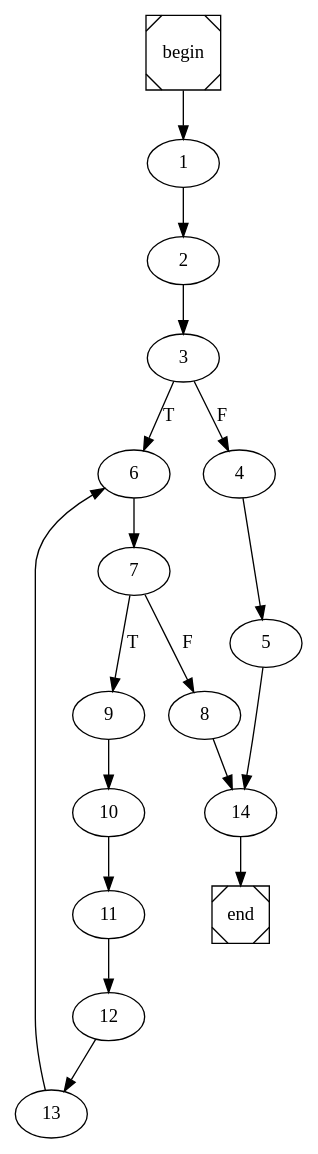
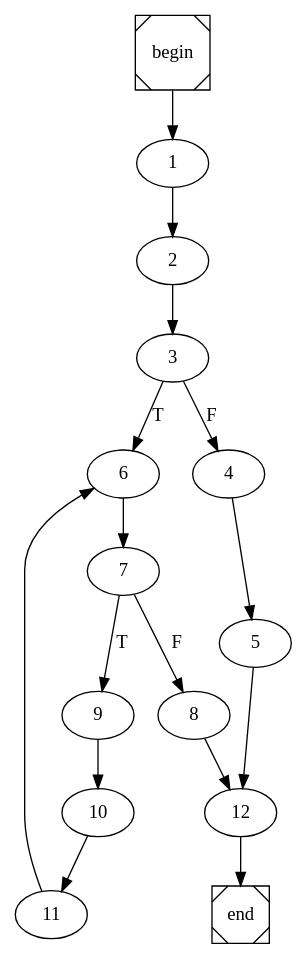
One commit to arubenruben/JMM-Compiler changed the diagram in factorial_int.dot. Above: the diagram before and after it, drawn with Graphviz. The commit also changed 14 other files, not shown here.

```diff
--- a/factorial_int.dot
+++ b/factorial_int.dot
@@ -1,4 +1,4 @@
 digraph cfg {
 	begin [shape=Msquare];
 	end [shape=Msquare];
-	begin -> 1;	1 -> 2;	2 -> 3;	3 -> 6[label=T];	3 -> 4[label=F];	4 -> 5;	5 -> 14;	6 -> 7;	7 -> 9[label=T];	7 -> 8[label=F];	8 -> 14;	9 -> 10;	10 -> 11;	11 -> 12;	12 -> 13;	13 -> 6;	14 -> end;}
+	begin -> 1;	1 -> 2;	2 -> 3;	3 -> 6[label=T];	3 -> 4[label=F];	4 -> 5;	5 -> 12;	6 -> 7;	7 -> 9[label=T];	7 -> 8[label=F];	8 -> 12;	9 -> 10;	10 -> 11;	11 -> 6;	12 -> end;}
```
